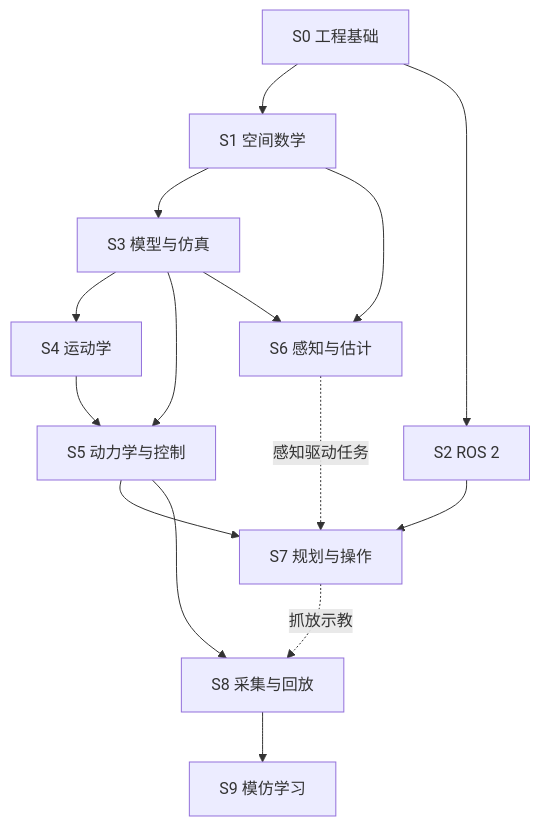
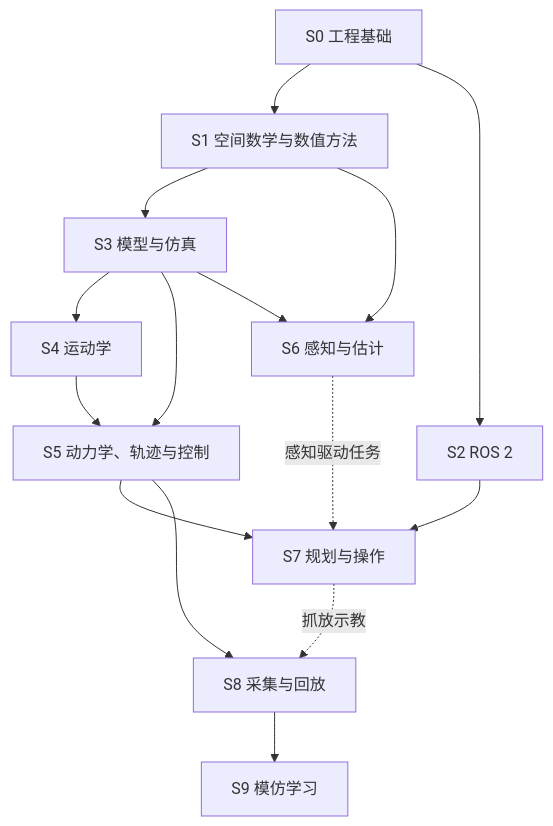
One commit to Ace-XiaoChuan/robotics-from-zero-tutorial changed the diagram in doc/learning-roadmap.md. Above: the diagram before and after it, drawn with Mermaid. The commit also changed other lines of this file and 342 other files, not shown here.

````diff
--- a/doc/learning-roadmap.md
+++ b/doc/learning-roadmap.md
@@ -78,17 +78,19 @@
 ```mermaid
+
 flowchart TD
-    S0["S0 工程基础"] --> S1["S1 空间数学"]
+    S0["S0 工程基础"] --> S1["S1 空间数学与数值方法"]
     S0 --> S2["S2 ROS 2"]
     S1 --> S3["S3 模型与仿真"]
     S3 --> S4["S4 运动学"]
-    S3 --> S5["S5 动力学与控制"]
+    S3 --> S5["S5 动力学、轨迹与控制"]
     S4 --> S5
     S1 --> S6["S6 感知与估计"]
     S3 --> S6
     S2 --> S7["S7 规划与操作"]
     S5 --> S7
     S6 -.->|感知驱动任务| S7
     S5 --> S8["S8 采集与回放"]
     S7 -.->|抓放示教| S8
     S8 --> S9["S9 模仿学习"]
+
 ```
````
